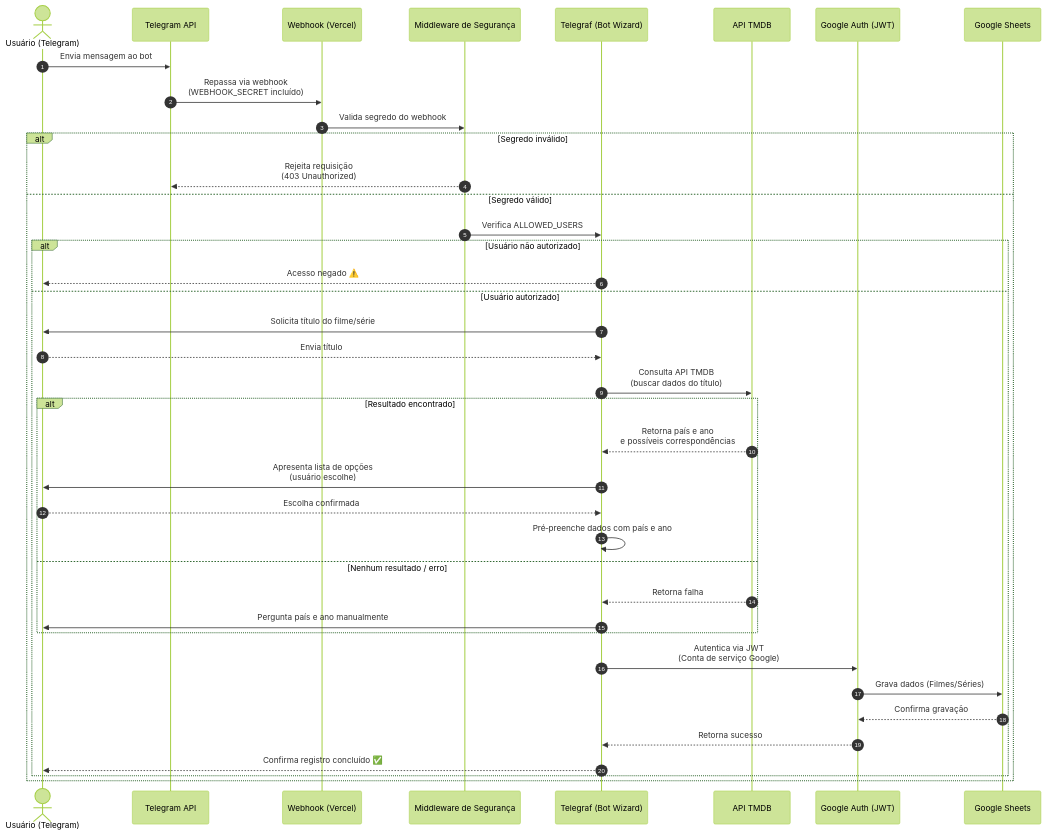
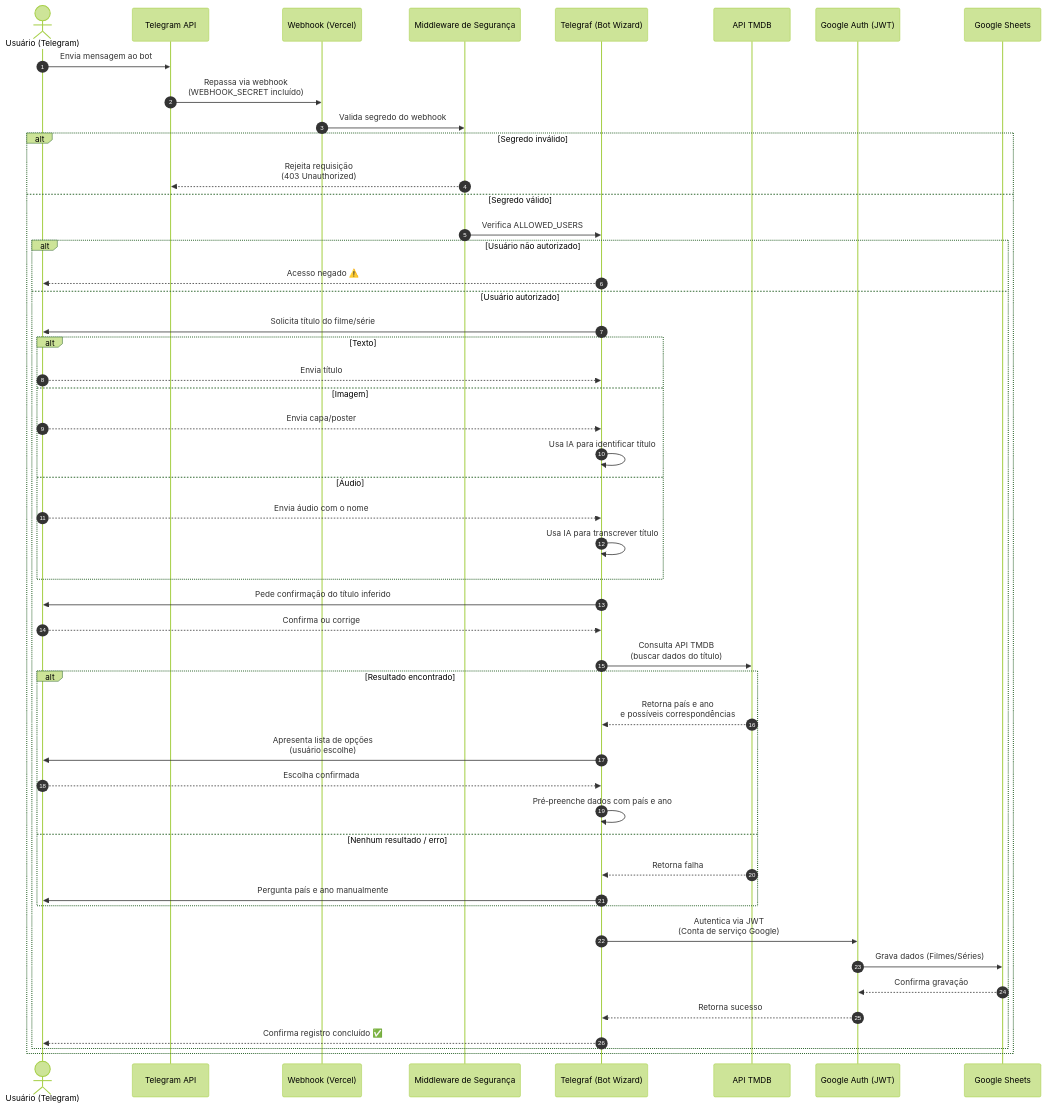
One commit to marcelobvieira/pais-cansados-bot changed the diagram in README.md. Above: the diagram before and after it, drawn with Mermaid (forest theme). The commit also changed other lines of this file and 3 other files, not shown here.

````diff
--- a/README.md
+++ b/README.md
@@ -23,43 +24,53 @@
 ```mermaid
 sequenceDiagram
     autonumber
     actor U as Usuário (Telegram)
     participant T as Telegram API
     participant V as Webhook (Vercel)
     participant M as Middleware de Segurança
     participant B as Telegraf (Bot Wizard)
     participant TM as API TMDB
     participant G as Google Auth (JWT)
     participant S as Google Sheets
 
     %% Fluxo principal
     U->>T: Envia mensagem ao bot
     T->>V: Repassa via webhook<br/>(WEBHOOK_SECRET incluído)
     V->>M: Valida segredo do webhook
     alt Segredo inválido
         M-->>T: Rejeita requisição<br/>(403 Unauthorized)
     else Segredo válido
         M->>B: Verifica ALLOWED_USERS
         alt Usuário não autorizado
             B-->>U: Acesso negado ⚠️
         else Usuário autorizado
             B->>U: Solicita título do filme/série
-            U-->>B: Envia título
+            alt Texto
+                U-->>B: Envia título
+            else Imagem
+                U-->>B: Envia capa/poster
+                B->>B: Usa IA para identificar título
+            else Áudio
+                U-->>B: Envia áudio com o nome
+                B->>B: Usa IA para transcrever título
+            end
+            B->>U: Pede confirmação do título inferido
+            U-->>B: Confirma ou corrige
             B->>TM: Consulta API TMDB<br/>(buscar dados do título)
             alt Resultado encontrado
                 TM-->>B: Retorna país e ano<br/>e possíveis correspondências
                 B->>U: Apresenta lista de opções<br/>(usuário escolhe)
                 U-->>B: Escolha confirmada
                 B->>B: Pré‑preenche dados com país e ano
             else Nenhum resultado / erro
                 TM-->>B: Retorna falha
                 B->>U: Pergunta país e ano manualmente
             end
             B->>G: Autentica via JWT<br/>(Conta de serviço Google)
             G->>S: Grava dados (Filmes/Séries)
             S-->>G: Confirma gravação
             G-->>B: Retorna sucesso
             B-->>U: Confirma registro concluído ✅
         end
     end
 ```
````
